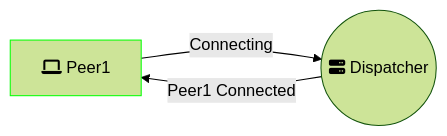
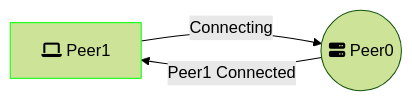
One commit to gr3gdev/rudp2p changed the first of 6 diagrams in tests/peer.md. Above: the diagram before and after it, drawn with Mermaid (forest theme). The commit also changed other lines of this file and 3 other files, not shown here.

````diff
--- a/tests/peer.md
+++ b/tests/peer.md
@@ -4,8 +4,8 @@
 ```mermaid
 flowchart LR
   classDef peer stroke:#0f0;
   
-  P1[fa:fa-laptop Peer1]:::peer --Connecting--> B((fa:fa-server Dispatcher))
+  P1[fa:fa-laptop Peer1]:::peer --Connecting--> B((fa:fa-server Peer0))
   
   B --Peer1 Connected--> P1
 ```
````
